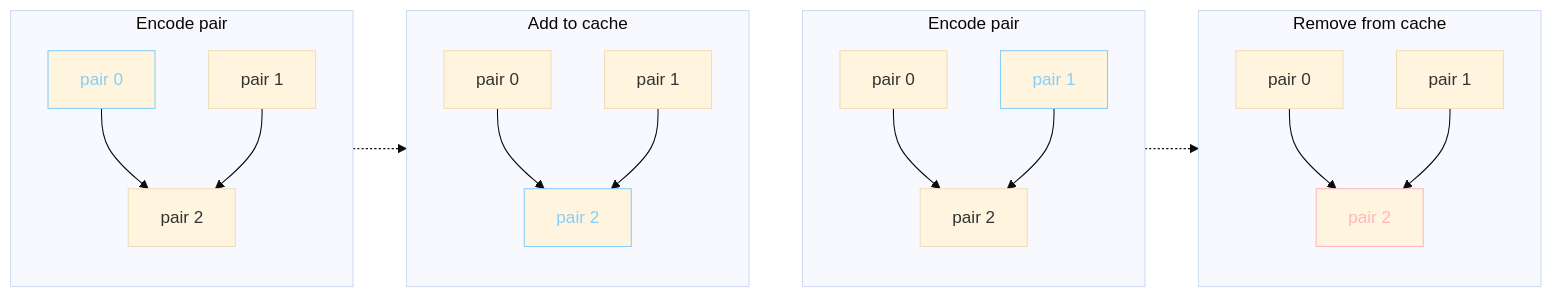
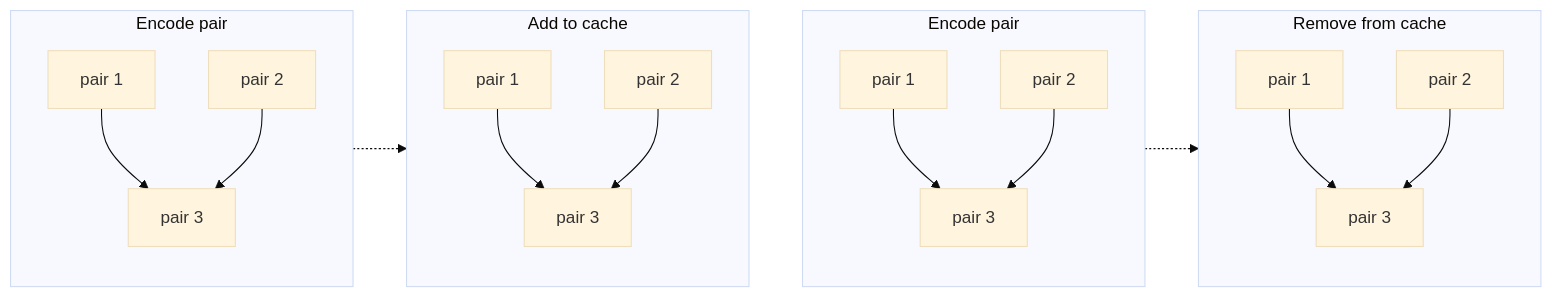
Before and after one commit to raviqqe/doc: the diagram in slides/papers/stak-scheme/merge.mmd, drawn with Mermaid (base theme). The commit also changed 7 other files, not shown here.

```diff
--- a/slides/papers/stak-scheme/merge.mmd
+++ b/slides/papers/stak-scheme/merge.mmd
@@ -1,37 +1,34 @@
 flowchart LR
   subgraph s0[Encode pair]
     direction TB
 
-    c0[pair 0]:::current --> c2[pair 2]
-    c1[pair 1] --> c2
+    c0[pair 1]:::blue --> c2[pair 3]
+    c1[pair 2] --> c2
   end
 
   s0 -.-> s1
 
   subgraph s1[Add to cache]
     direction TB
 
-    c3[pair 0] --> c5[pair 2]:::current
-    c4[pair 1] --> c5
+    c3[pair 1] --> c5[pair 3]:::blue
+    c4[pair 2] --> c5
   end
 
   s1 ~~~ s2
 
   subgraph s2[Encode pair]
     direction TB
 
-    c6[pair 0] --> c8[pair 2]
-    c7[pair 1]:::current --> c8
+    c6[pair 1] --> c8[pair 3]
+    c7[pair 2]:::blue --> c8
   end
 
   s2 -.-> s3
 
   subgraph s3[Remove from cache]
     direction TB
 
-    c9[pair 0] --> c11[pair 2]:::remove
-    c10[pair 1] --> c11
+    c9[pair 1] --> c11[pair 3]:::red
+    c10[pair 2] --> c11
   end
-
- classDef current color:lightskyblue,stroke:lightskyblue
- classDef remove color:lightpink,stroke:lightpink
```
